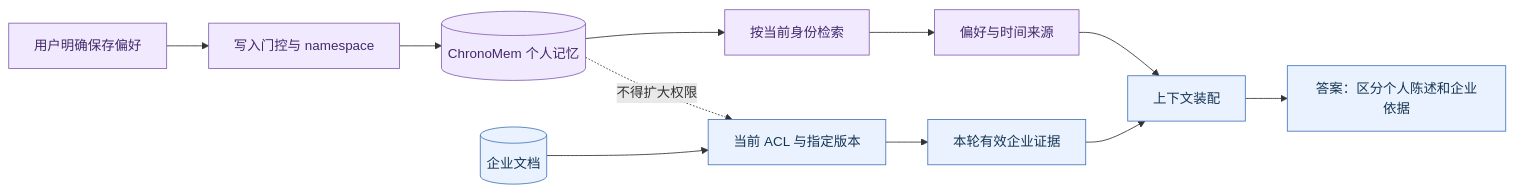
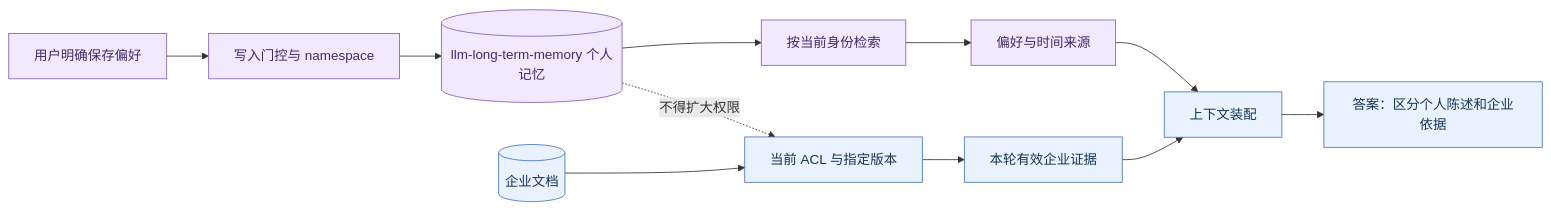
The third of 10 diagrams in PROJECT_PLAN_future.md (Mingjie-Mao/Agentic-RAG), drawn with Mermaid before and after one commit. The commit also changed other lines of this file and 106 other files, not shown here.

````diff
--- a/PROJECT_PLAN_future.md
+++ b/PROJECT_PLAN_future.md
@@ -216,17 +223,17 @@
 ```mermaid
 flowchart LR
   U[用户明确保存偏好] --> W[写入门控与 namespace]
-  W --> M[(ChronoMem 个人记忆)]
+  W --> M[(llm-long-term-memory 个人记忆)]
   M --> R[按当前身份检索]
   R --> P[偏好与时间来源]
   P --> C[上下文装配]
   D[(企业文档)] --> A[当前 ACL 与指定版本]
   A --> E[本轮有效企业证据]
   E --> C
   C --> O[答案：区分个人陈述和企业依据]
   M -.不得扩大权限.-> A
   classDef mem fill:#f1eaff,stroke:#8561b4,color:#43296a;
   classDef base fill:#eaf2ff,stroke:#4676bb,color:#153553;
   class U,W,M,R,P mem;
   class D,A,E,C,O base;
 ```
````
